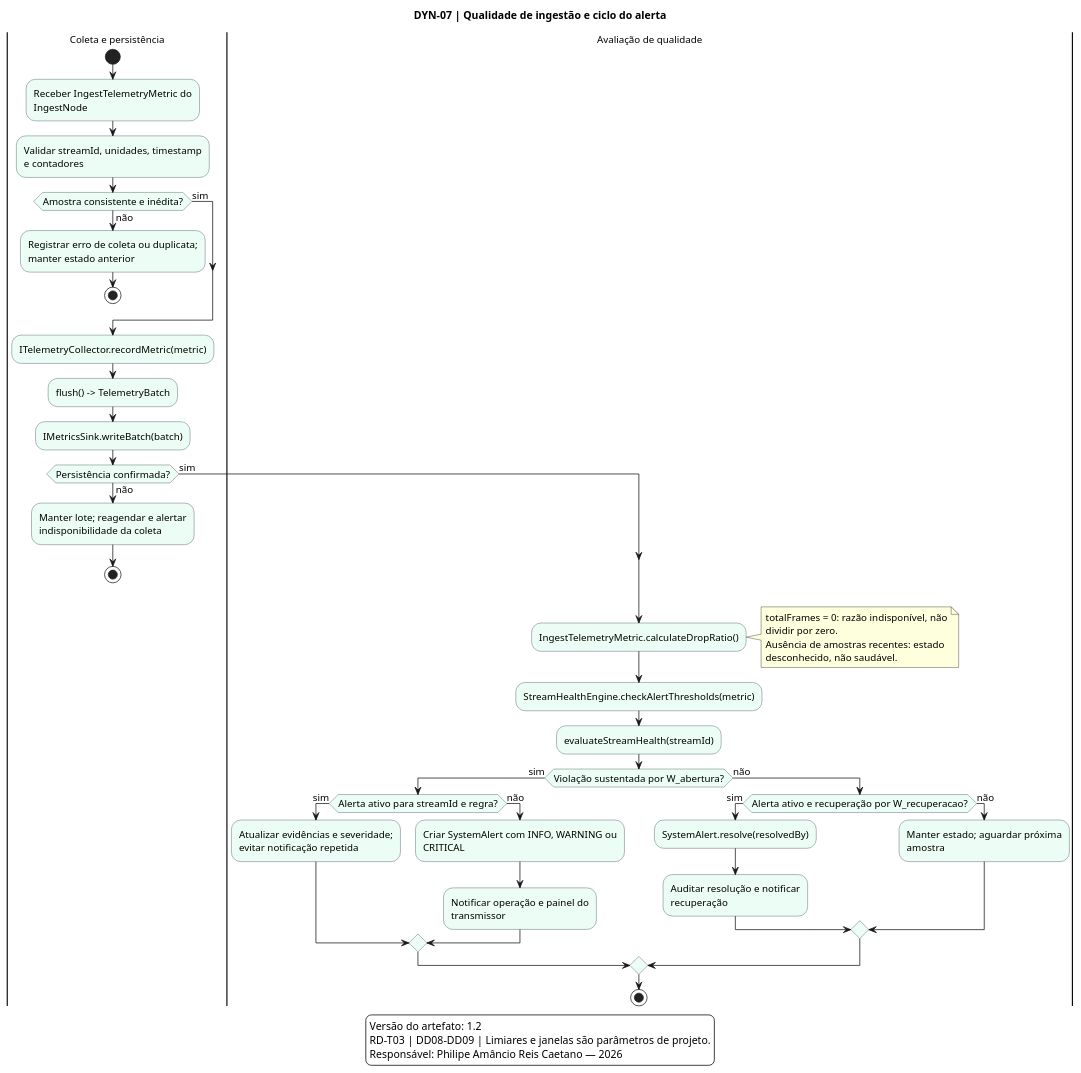
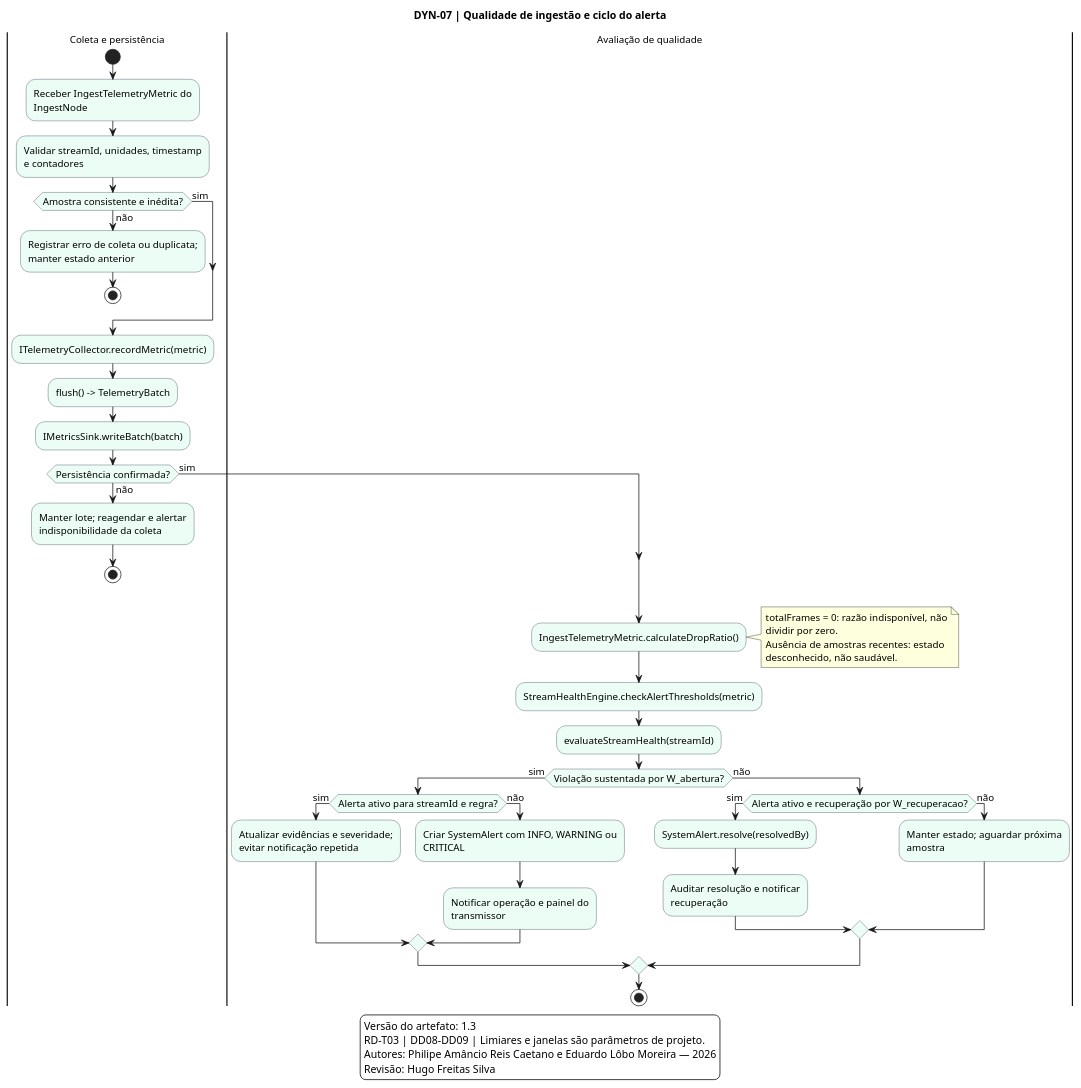
One commit to UnBArqDsw2026-2-Turma01/2026.2-T01-_G6_ProjetoStreamingVideo_Entrega_02 changed the diagram in docs/Base/Relatórios/1.1.3.SubEquipe_03/assets/src/dyn-07-atividade-qos.puml. Above: the diagram before and after it, drawn with PlantUML. The commit also changed 23 other files, not shown here.

```diff
--- a/docs/Base/Relatórios/1.1.3.SubEquipe_03/assets/src/dyn-07-atividade-qos.puml
+++ b/docs/Base/Relatórios/1.1.3.SubEquipe_03/assets/src/dyn-07-atividade-qos.puml
@@ -1,58 +1,59 @@
 @startuml
 title DYN-07 | Qualidade de ingestão e ciclo do alerta
 skinparam defaultFontName Arial
 skinparam backgroundColor #FFFFFF
 skinparam defaultFontSize 13
 skinparam shadowing false
 skinparam activityBackgroundColor #ECFDF5
 skinparam activityBorderColor #334155
 |Coleta e persistência|
 start
 :Receber IngestTelemetryMetric do\nIngestNode;
 :Validar streamId, unidades, timestamp\ne contadores;
 if (Amostra consistente e inédita?) then (não)
   :Registrar erro de coleta ou duplicata;\nmanter estado anterior;
   stop
 else (sim)
 endif
 :ITelemetryCollector.recordMetric(metric);
 :flush() -> TelemetryBatch;
 |Coleta e persistência|
 :IMetricsSink.writeBatch(batch);
 if (Persistência confirmada?) then (não)
   :Manter lote; reagendar e alertar\nindisponibilidade da coleta;
   stop
 else (sim)
 endif
 |Avaliação de qualidade|
 :IngestTelemetryMetric.calculateDropRatio();
 note right
   totalFrames = 0: razão indisponível, não
   dividir por zero.
   Ausência de amostras recentes: estado
   desconhecido, não saudável.
 end note
 :StreamHealthEngine.checkAlertThresholds(metric);
 :evaluateStreamHealth(streamId);
 if (Violação sustentada por W_abertura?) then (sim)
   if (Alerta ativo para streamId e regra?) then (sim)
     :Atualizar evidências e severidade;\nevitar notificação repetida;
   else (não)
     :Criar SystemAlert com INFO, WARNING ou\nCRITICAL;
     :Notificar operação e painel do\ntransmissor;
   endif
 else (não)
   if (Alerta ativo e recuperação por W_recuperacao?) then (sim)
     :SystemAlert.resolve(resolvedBy);
     :Auditar resolução e notificar\nrecuperação;
   else (não)
     :Manter estado; aguardar próxima\namostra;
   endif
 endif
 stop
 legend bottom
-  Versão do artefato: 1.2
+  Versão do artefato: 1.3
   RD-T03 | DD08–DD09 | Limiares e janelas são parâmetros de projeto.
-  Responsável: Philipe Amâncio Reis Caetano — 2026
+  Autores: Philipe Amâncio Reis Caetano e Eduardo Lôbo Moreira — 2026
+  Revisão: Hugo Freitas Silva
 endlegend
 @enduml
```
